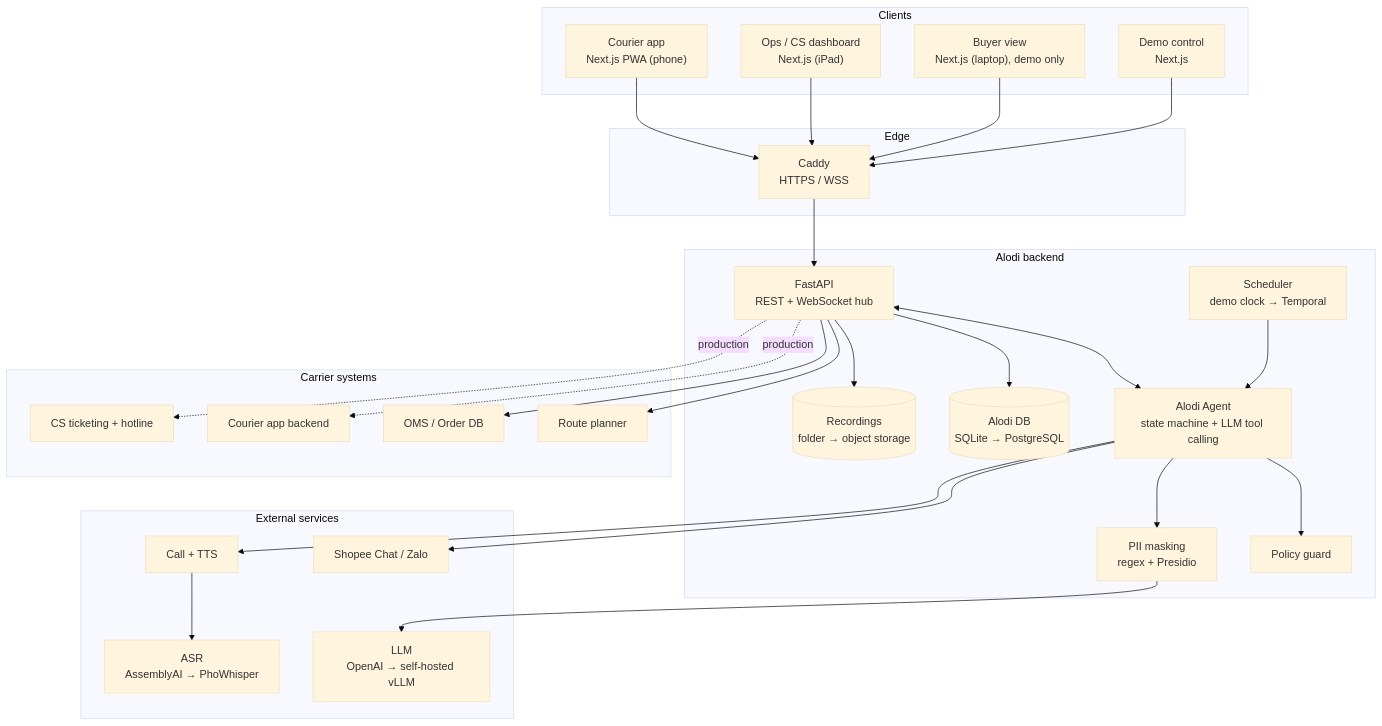
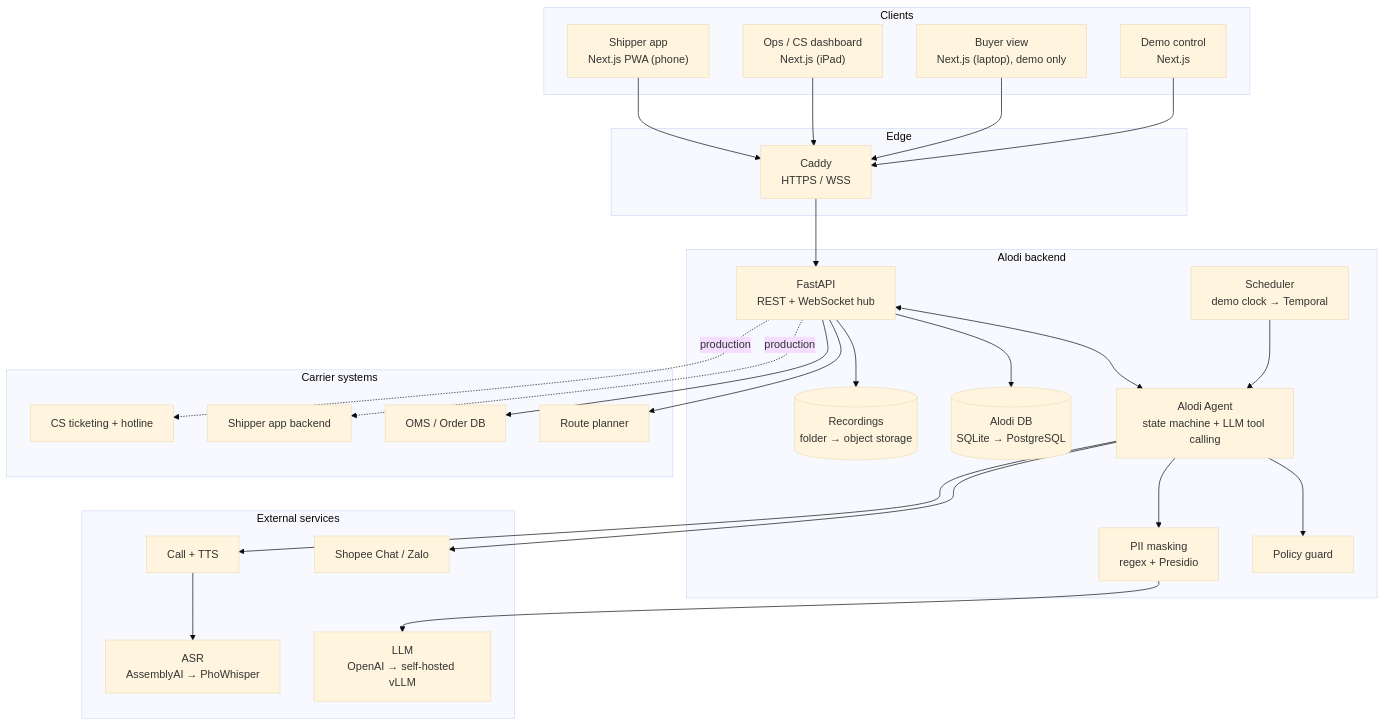
One commit to BennedictQuanTon/Alodi-Regional-Codex-Hackathon-2026 changed diagram 12 of 18 in prep/02-technical/PRD.md. Above: the diagram before and after it, drawn with Mermaid (base theme). The commit also changed other lines of this file and 84 other files, not shown here.

````diff
--- a/prep/02-technical/PRD.md
+++ b/prep/02-technical/PRD.md
@@ -1535,48 +1535,48 @@
 ```mermaid
 flowchart TB
   subgraph Clients
-    P["Courier app<br/>Next.js PWA (phone)"]
+    P["Shipper app<br/>Next.js PWA (phone)"]
     I["Ops / CS dashboard<br/>Next.js (iPad)"]
     L["Buyer view<br/>Next.js (laptop), demo only"]
     K["Demo control<br/>Next.js"]
   end
   subgraph Edge
     CA["Caddy<br/>HTTPS / WSS"]
   end
   subgraph Alodi["Alodi backend"]
     API["FastAPI<br/>REST + WebSocket hub"]
     AG["Alodi Agent<br/>state machine + LLM tool calling"]
     PG["Policy guard"]
     SC["Scheduler<br/>demo clock → Temporal"]
     PR["PII masking<br/>regex + Presidio"]
     DB[("Alodi DB<br/>SQLite → PostgreSQL")]
     FS[("Recordings<br/>folder → object storage")]
   end
   subgraph SPX["Carrier systems"]
     RP["Route planner"]
     OMS["OMS / Order DB"]
-    CB["Courier app backend"]
+    CB["Shipper app backend"]
     HL["CS ticketing + hotline"]
   end
   subgraph Ext["External services"]
     LLM["LLM<br/>OpenAI → self-hosted vLLM"]
     CHG["Shopee Chat / Zalo"]
     VG["Call + TTS"]
     ASR["ASR<br/>AssemblyAI → PhoWhisper"]
   end
 
   P & I & L & K --> CA --> API
   API <--> AG
   AG --> PG
   SC --> AG
   API --> DB
   API --> FS
   AG --> PR --> LLM
   AG --> CHG
   AG --> VG
   VG --> ASR
   API --> RP
   API --> OMS
   API -. production .-> CB
   API -. production .-> HL
 ```
````
